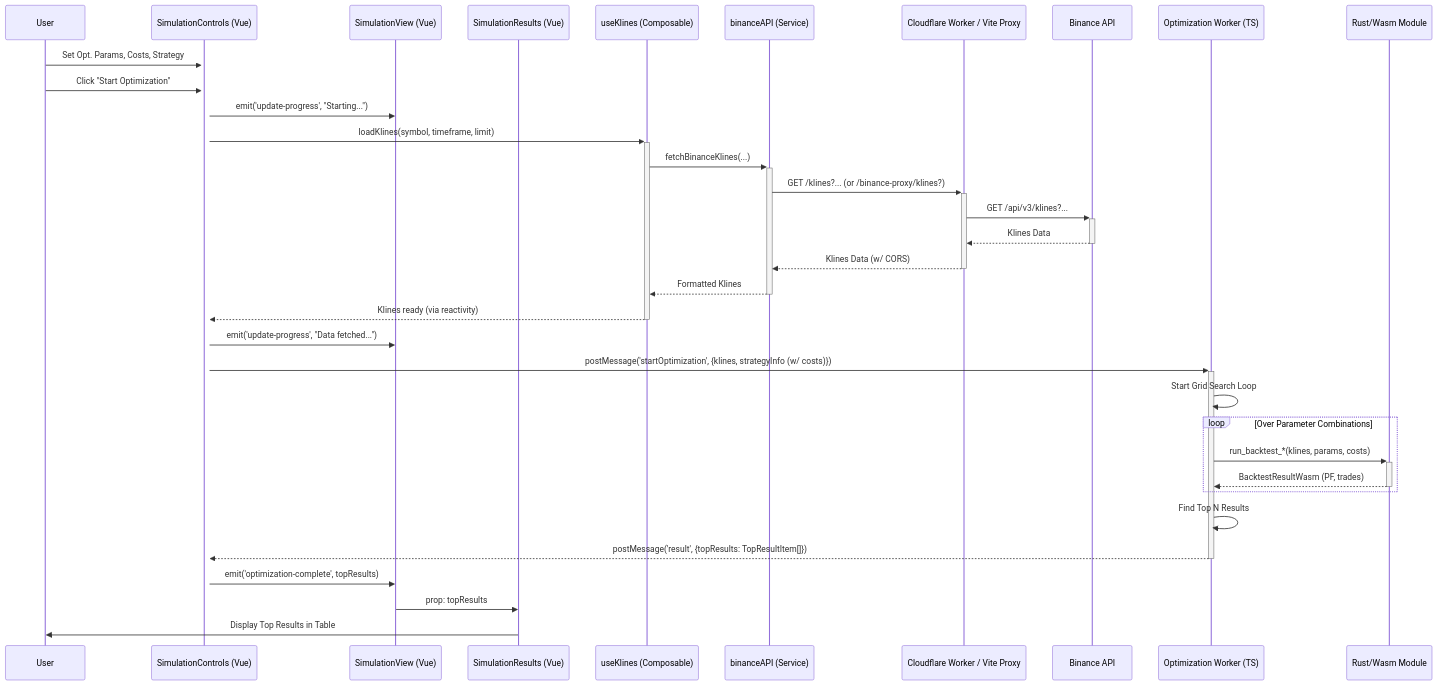
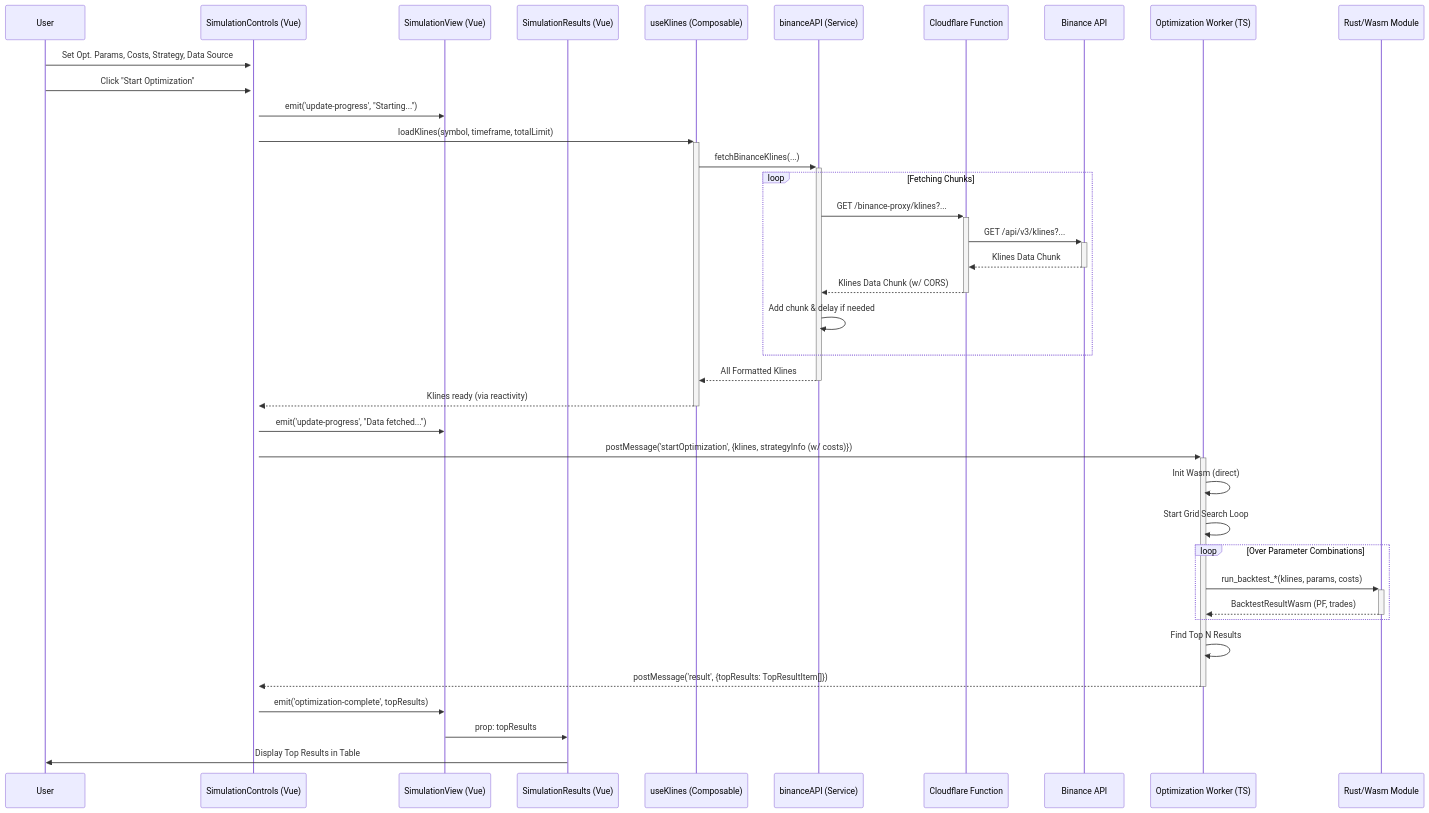
The first of 2 diagrams in README.md (engan/mc-simulations), drawn with Mermaid before and after one commit. The commit also changed other lines of this file and 2 other files, not shown here.

````diff
--- a/README.md
+++ b/README.md
@@ -145,37 +147,41 @@
 ```mermaid
-sequenceDiagram
+ sequenceDiagram
     participant User
     participant SC as SimulationControls (Vue)
     participant SV as SimulationView (Vue)
     participant SR as SimulationResults (Vue)
     participant UK as useKlines (Composable)
     participant BA as binanceAPI (Service)
-    participant Proxy as Cloudflare Worker / Vite Proxy
+    participant Proxy as Cloudflare Function # <-- ENDRET
     participant Binance as Binance API
     participant OW as Optimization Worker (TS)
     participant Wasm as Rust/Wasm Module
 
-    User->>+SC: Set Opt. Params, Costs, Strategy
+    User->>+SC: Set Opt. Params, Costs, Strategy, Data Source
     User->>+SC: Click "Start Optimization"
     SC->>SV: emit('update-progress', "Starting...")
-    SC->>+UK: loadKlines(symbol, timeframe, limit)
+    SC->>+UK: loadKlines(symbol, timeframe, totalLimit)
     UK->>+BA: fetchBinanceKlines(...)
-    BA->>+Proxy: GET /klines?... (or /binance-proxy/klines?)
-    Proxy->>+Binance: GET /api/v3/klines?...
-    Binance-->>-Proxy: Klines Data
-    Proxy-->>-BA: Klines Data (w/ CORS)
-    BA-->>-UK: Formatted Klines
+    loop Fetching Chunks
+        BA->>+Proxy: GET /binance-proxy/klines?... # <-- ENDRET
+        Proxy->>+Binance: GET /api/v3/klines?...
+        Binance-->>-Proxy: Klines Data Chunk
+        Proxy-->>-BA: Klines Data Chunk (w/ CORS)
+        BA->>BA: Add chunk & delay if needed
+    end
+    BA-->>-UK: All Formatted Klines
     UK-->>-SC: Klines ready (via reactivity)
     SC->>SV: emit('update-progress', "Data fetched...")
     SC->>+OW: postMessage('startOptimization', {klines, strategyInfo (w/ costs)})
+    OW->>OW: Init Wasm (direct)
     OW->>OW: Start Grid Search Loop
     loop Over Parameter Combinations
         OW->>+Wasm: run_backtest_*(klines, params, costs)
         Wasm-->>-OW: BacktestResultWasm (PF, trades)
     end
     OW->>OW: Find Top N Results
     OW-->>-SC: postMessage('result', {topResults: TopResultItem[]})
     SC->>SV: emit('optimization-complete', topResults)
     SV->>SR: prop: topResults
     SR->>User: Display Top Results in Table
-``` 
+```
````
